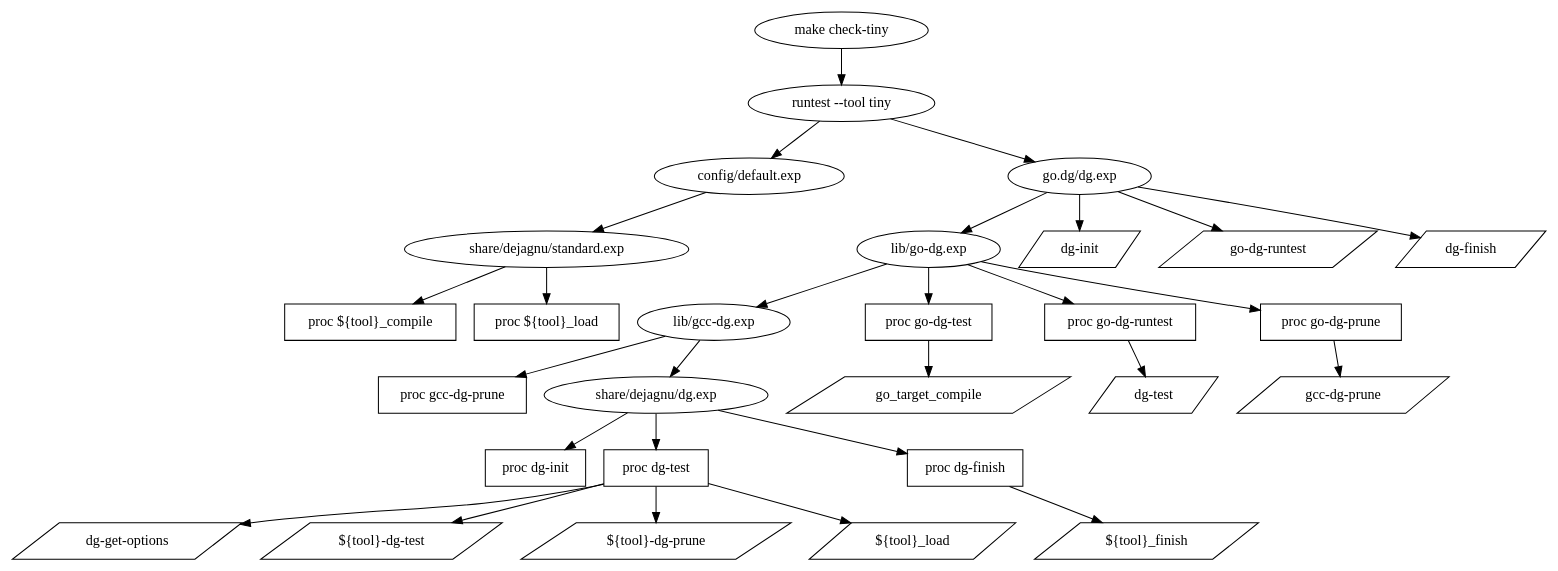
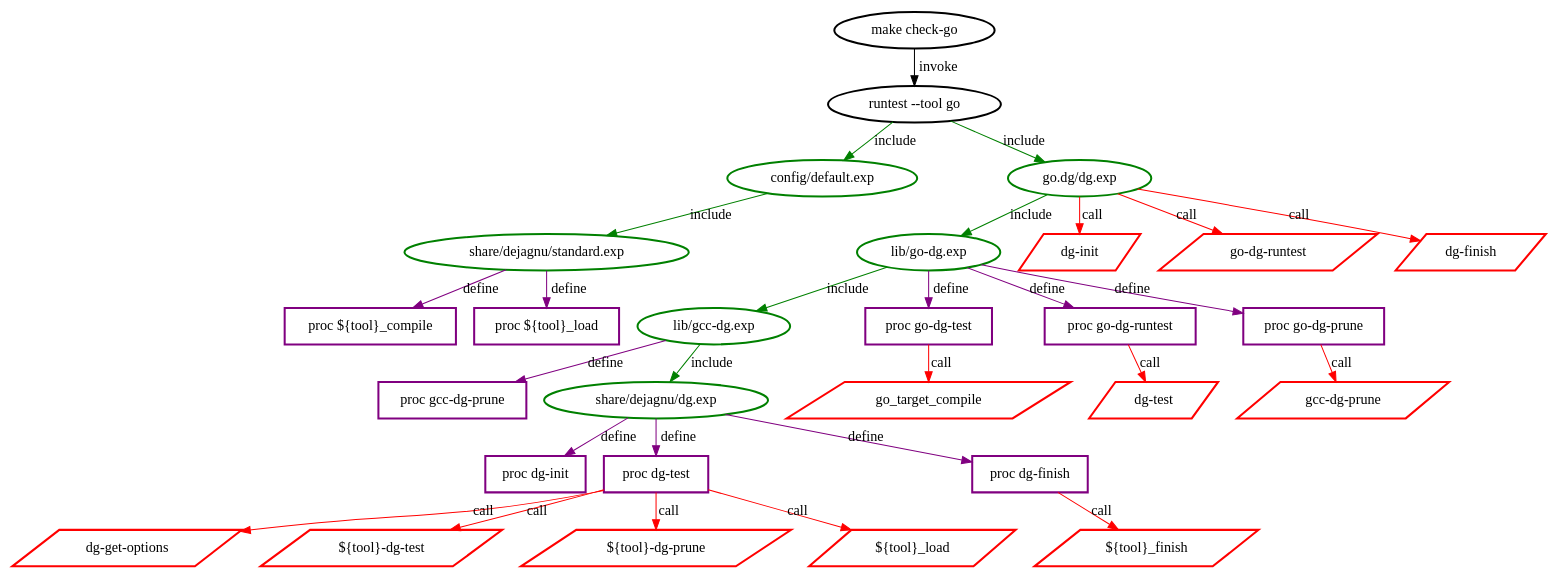
One commit to GCC-Tiny/gcc-tiny-docs-rtd changed the diagram in docs/source/part12_expect.dot. Above: the diagram before and after it, drawn with Graphviz.

Commit message:
part12: refine diagram

```diff
--- a/docs/source/part12_expect.dot
+++ b/docs/source/part12_expect.dot
@@ -1,84 +1,91 @@
   digraph foo {
-    "make check-tiny" -> "runtest --tool tiny" -> "config/default.exp";
-    "runtest --tool tiny" -> "go.dg/dg.exp" -> "lib/go-dg.exp" -> "lib/gcc-dg.exp";
+    edge [labelfloat=true]
+    node [color=green,penwidth=2.0]
+
+    "make check-go" [color=black]
+    "runtest --tool go" [color=black]
+    "make check-go" -> "runtest --tool go" [label=invoke,color=black]
+    "runtest --tool go" -> "config/default.exp" [label=include,color=green];
+    "runtest --tool go" -> "go.dg/dg.exp" -> "lib/go-dg.exp" -> "lib/gcc-dg.exp" [label=include,color=green];
    
    //shape=box: proc definitions
-   "proc ${tool}_compile" [shape=box];
-   "proc ${tool}_load" [shape=box];
+   "proc ${tool}_compile" [shape=box,color=purple];
+   "proc ${tool}_load" [shape=box,color=purple];
 
-   "config/default.exp" -> "share/dejagnu/standard.exp"
-   "share/dejagnu/standard.exp" -> "proc ${tool}_load";
-   "share/dejagnu/standard.exp" -> "proc ${tool}_compile";
+   "config/default.exp" -> "share/dejagnu/standard.exp" [label=include,color=green]
+   "share/dejagnu/standard.exp" -> "proc ${tool}_load" [label=define,color=purple];
+   "share/dejagnu/standard.exp" -> "proc ${tool}_compile" [label=define,color=purple];
 
    //shape=parallelogram: commands
-   "dg-init" [shape=parallelogram];
-   "go-dg-runtest" [shape=parallelogram];
-   "dg-finish" [shape=parallelogram];
+   "dg-init" [shape=parallelogram,color=red];
+   "go-dg-runtest" [shape=parallelogram,color=red];
+   "dg-finish" [shape=parallelogram,color=red];
 
-   "go.dg/dg.exp" -> "dg-init"
-   "go.dg/dg.exp" -> "go-dg-runtest"
-   "go.dg/dg.exp" -> "dg-finish"
+   "go.dg/dg.exp" -> "dg-init" [label=call,color=red]
+   "go.dg/dg.exp" -> "go-dg-runtest" [label=call,color=red]
+   "go.dg/dg.exp" -> "dg-finish" [label=call,color=red]
 
-   "proc dg-init" [shape=box];
-   "proc dg-test" [shape=box];
-   "proc dg-finish" [shape=box];
-   "proc gcc-dg-prune" [shape=box];
-   "${tool}_finish" [shape=parallelogram];
-   "lib/gcc-dg.exp" -> "proc gcc-dg-prune"
-   "lib/gcc-dg.exp" -> "share/dejagnu/dg.exp"
-   "share/dejagnu/dg.exp" -> "proc dg-init"
-   "share/dejagnu/dg.exp" -> "proc dg-test"
-   "share/dejagnu/dg.exp" -> "proc dg-finish" -> "${tool}_finish"
+   "proc dg-init" [shape=box,color=purple];
+   "proc dg-test" [shape=box,color=purple];
+   "proc dg-finish" [shape=box,color=purple];
+   "proc gcc-dg-prune" [shape=box,color=purple];
+   "${tool}_finish" [shape=parallelogram,color=red];
+   "lib/gcc-dg.exp" -> "proc gcc-dg-prune" [label=define,color=purple]
+   "lib/gcc-dg.exp" -> "share/dejagnu/dg.exp" [label=include,color=green]
+   "share/dejagnu/dg.exp" -> "proc dg-init" [label=define,color=purple]
+   "share/dejagnu/dg.exp" -> "proc dg-test" [label=define,color=purple]
+   "share/dejagnu/dg.exp" -> "proc dg-finish" [label=define,color=purple] 
+   "proc dg-finish" -> "${tool}_finish" [label=call,color=red]
 
-   "dg-get-options" [shape=parallelogram];
-   "${tool}-dg-test" [shape=parallelogram];
-   "${tool}-dg-prune" [shape=parallelogram];
-   "${tool}_load" [shape=parallelogram];
-   "proc dg-test" -> "dg-get-options"
-   "proc dg-test" -> "${tool}-dg-test"
-   "proc dg-test" -> "${tool}-dg-prune"
-   "proc dg-test" -> "${tool}_load" 
+   "dg-get-options" [shape=parallelogram,color=red];
+   "${tool}-dg-test" [shape=parallelogram,color=red];
+   "${tool}-dg-prune" [shape=parallelogram,color=red];
+   "${tool}_load" [shape=parallelogram,color=red];
+   "proc dg-test" -> "dg-get-options" [label=call,color=red]
+   "proc dg-test" -> "${tool}-dg-test" [label=call,color=red]
+   "proc dg-test" -> "${tool}-dg-prune" [label=call,color=red]
+   "proc dg-test" -> "${tool}_load" [label=call,color=red]
 
-   "proc go-dg-test" [shape=box];
-   "proc go-dg-runtest" [shape=box];
-   "proc go-dg-prune" [shape=box];
+   "proc go-dg-test" [shape=box,color=purple];
+   "proc go-dg-runtest" [shape=box,color=purple];
+   "proc go-dg-prune" [shape=box,color=purple];
 
-   "lib/go-dg.exp" -> "proc go-dg-test"
-   "lib/go-dg.exp" -> "proc go-dg-runtest"
-   "lib/go-dg.exp" -> "proc go-dg-prune"
+   "lib/go-dg.exp" -> "proc go-dg-test" [label=define,color=purple]
+   "lib/go-dg.exp" -> "proc go-dg-runtest" [label=define,color=purple]
+   "lib/go-dg.exp" -> "proc go-dg-prune" [label=define,color=purple]
 
-   "go_target_compile" [shape=parallelogram];
-   "proc go-dg-test" -> "go_target_compile"
+   "go_target_compile" [shape=parallelogram,color=red];
+   "proc go-dg-test" -> "go_target_compile" [label=call,color=red]
 
-   "dg-test" [shape=parallelogram];
-   "proc go-dg-runtest" -> "dg-test"
+   "dg-test" [shape=parallelogram,color=red];
+   "proc go-dg-runtest" -> "dg-test" [label=call,color=red]
 
-   "gcc-dg-prune"  [shape=parallelogram];
-   "proc go-dg-prune" -> "gcc-dg-prune"
+   "gcc-dg-prune"  [shape=parallelogram,color=red];
+   "proc go-dg-prune" -> "gcc-dg-prune" [label=call,color=red]
     /*
 subgraph "gcc-dg.exp" { color=blue;
 
   "lib/gcc-dg.exp" -> "lib/dg.exp";
   "lib/gcc-dg.exp" -> "lib/file-format.exp";
   "lib/gcc-dg.exp" -> "lib/target-supports.exp";
   "lib/gcc-dg.exp" -> "lib/target-supports-dg.exp";
   "lib/gcc-dg.exp" -> "lib/scanasm.exp";
   "lib/gcc-dg.exp" -> "lib/scanrtl.exp";
   "lib/gcc-dg.exp" -> "lib/scantree.exp";
   "lib/gcc-dg.exp" -> "lib/scanltranstree.exp";
   "lib/gcc-dg.exp" -> "lib/scanipa.exp";
   "lib/gcc-dg.exp" -> "lib/scanwpaipa.exp";
   "lib/gcc-dg.exp" -> "lib/scanlang.exp";
   "lib/gcc-dg.exp" -> "lib/scansarif.exp";
   "lib/gcc-dg.exp" -> "lib/timeout.exp";
   "lib/gcc-dg.exp" -> "lib/timeout-dg.exp";
   "lib/gcc-dg.exp" -> "lib/prune.exp";
   "lib/gcc-dg.exp" -> "lib/libgloss.exp";
   "lib/gcc-dg.exp" -> "lib/target-libpath.exp";
   "lib/gcc-dg.exp" -> "lib/torture-options.exp";
   "lib/gcc-dg.exp" -> "lib/fortran-modules.exp";
   "lib/gcc-dg.exp" -> "lib/multiline.exp";
 }
 */
 
    }
```
